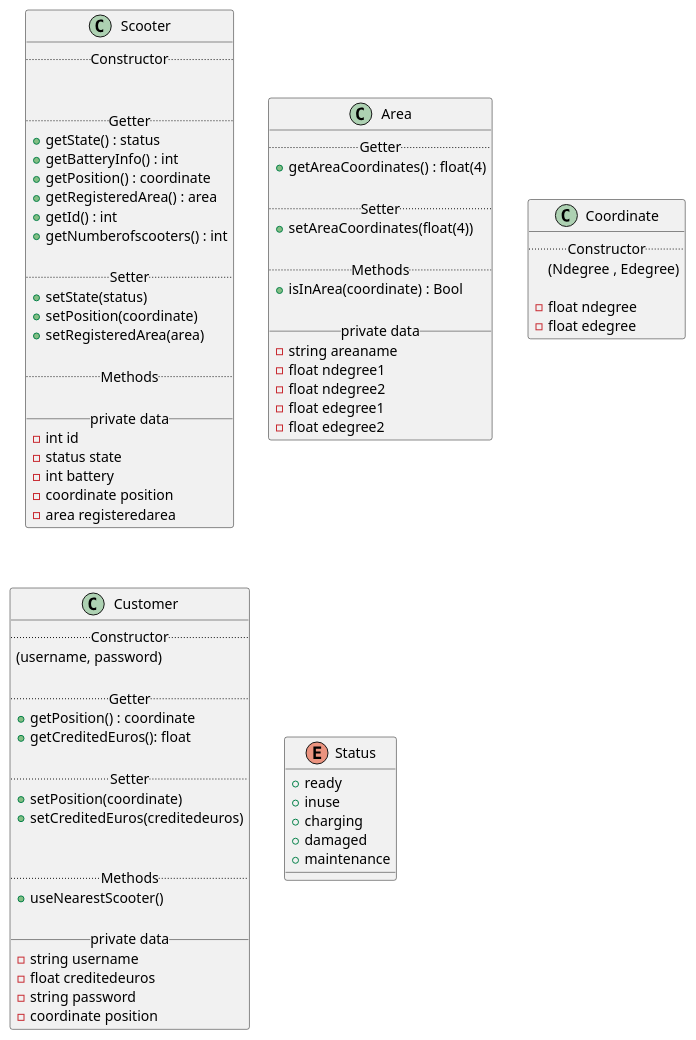
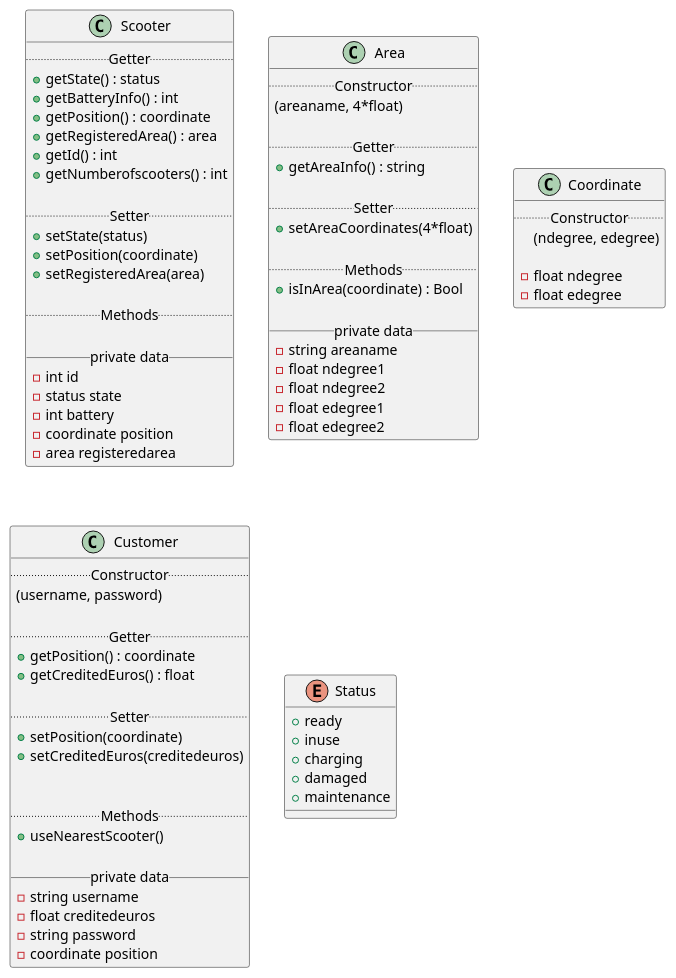
One commit to fh-erfurt/Scooter-MS changed the diagram in umldiagram.iuml. Above: the diagram before and after it, drawn with PlantUML.

Commit message:
updated UML

```diff
--- a/umldiagram.iuml
+++ b/umldiagram.iuml
@@ -1,104 +1,104 @@
 @startuml
 
 
 
 
 
 skinparam componentStyle uml2
 
 
 
 class Scooter {
-  .. Constructor ..
-
-
-  .. Getter ..
+    .. Getter ..
   + getState() : status
   + getBatteryInfo() : int
   + getPosition() : coordinate
   + getRegisteredArea() : area
   + getId() : int
   + getNumberofscooters() : int
 
   .. Setter ..
   + setState(status)
   + setPosition(coordinate)
   +setRegisteredArea(area)
 
   .. Methods ..
 
   __ private data __
   -int id
   -status state
   -int battery
   -coordinate position
   -area registeredarea
 }
 
 class Area {
+  .. Constructor ..
+  (areaname, 4*float)
+
   .. Getter ..
-  +getAreaCoordinates() : float(4)
+  +getAreaInfo() : string
 
   .. Setter ..
-  +setAreaCoordinates(float(4))
+  +setAreaCoordinates(4*float)
 
   .. Methods ..
   +isInArea(coordinate) : Bool
 
   __ private data __
   -string areaname
   -float ndegree1
   -float ndegree2
   -float edegree1
   -float edegree2
 }
 
 
 
 class Coordinate {
   .. Constructor ..
-  (Ndegree , Edegree)
+  (ndegree, edegree)
 
   -float ndegree
   -float edegree
 }
 
 
 class Customer {
   .. Constructor ..
   (username, password)
 
   .. Getter ..
   + getPosition() : coordinate
-  + getCreditedEuros(): float
+  + getCreditedEuros() : float
 
   .. Setter ..
   + setPosition(coordinate)
   + setCreditedEuros(creditedeuros)
 
 
   .. Methods ..
   + useNearestScooter()
 
   __ private data __
   -string username
   -float creditedeuros
   -string password
   -coordinate position
 }
 
 
 
 enum Status {
   + ready
   + inuse
   + charging
   + damaged
   + maintenance
 }
 
 
 
 
 
 @enduml
```
